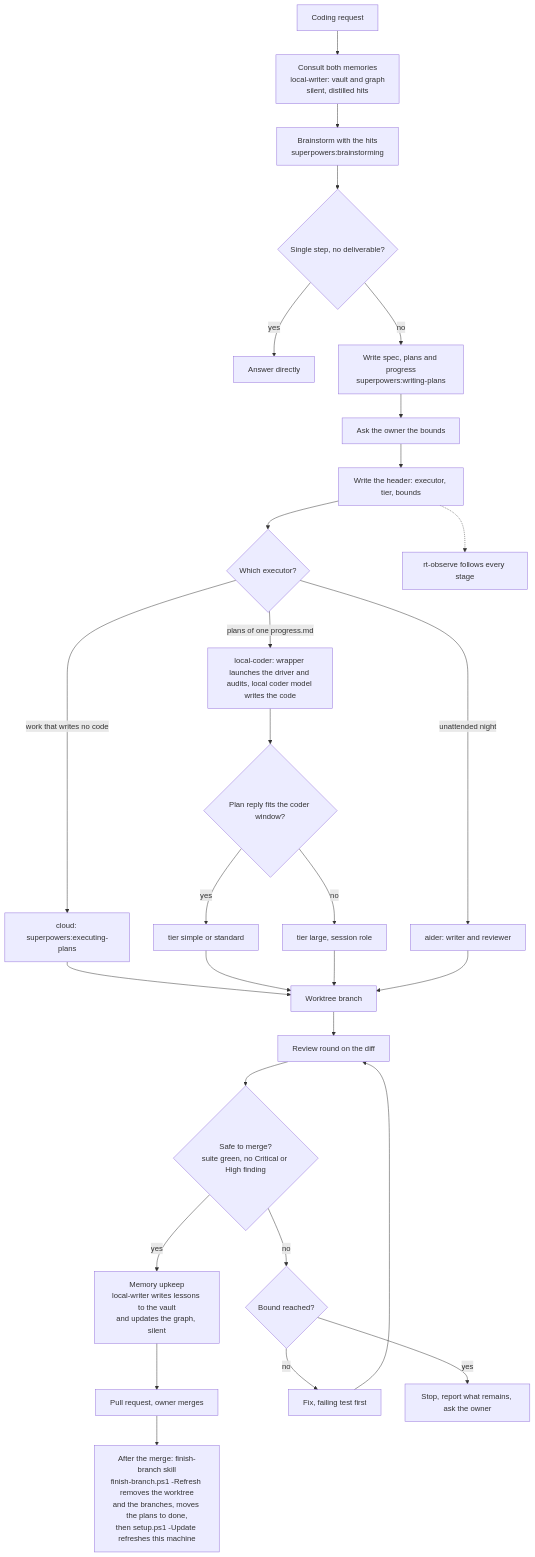
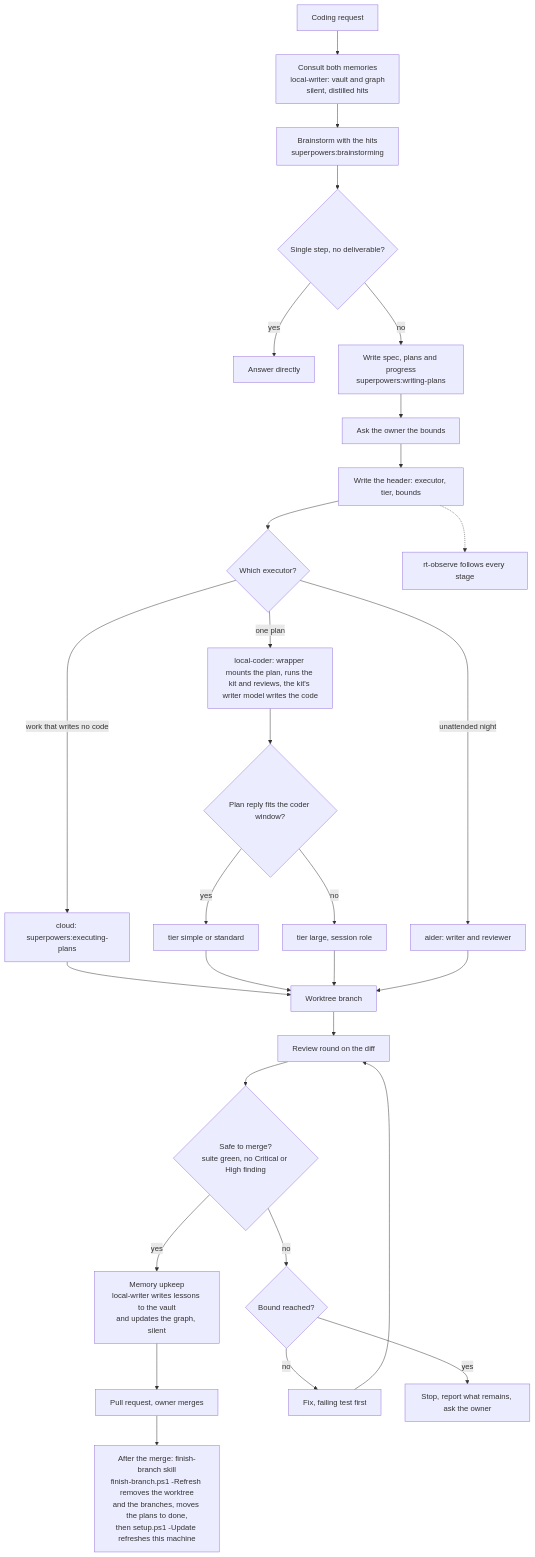
One commit to LARi-UQAC/ResearchTools changed the diagram in docs/manual/diagrams/local-coding-flow.mmd. Above: the diagram before and after it, drawn with Mermaid. The commit also changed 4 other files, not shown here.

First line of the commit message:
test: the documentation tests follow the one-plan local-coder (#104)

```diff
--- a/docs/manual/diagrams/local-coding-flow.mmd
+++ b/docs/manual/diagrams/local-coding-flow.mmd
@@ -1,28 +1,28 @@
 flowchart TD
     A0["Coding request"] --> X["Consult both memories<br/>local-writer: vault and graph<br/>silent, distilled hits"]
     X --> A["Brainstorm with the hits<br/>superpowers:brainstorming"]
     A --> B{Single step, no deliverable?}
     B -- yes --> C[Answer directly]
     B -- no --> D["Write spec, plans and progress<br/>superpowers:writing-plans"]
     D --> E[Ask the owner the bounds]
     E --> F[Write the header: executor, tier, bounds]
     F --> G{Which executor?}
     G -- work that writes no code --> H["cloud: superpowers:executing-plans"]
-    G -- plans of one progress.md --> J[local-coder: wrapper launches the driver and audits, local coder model writes the code]
+    G -- one plan --> J[local-coder: wrapper mounts the plan, runs the kit and reviews, the kit's writer model writes the code]
     J --> K{Plan reply fits the coder window?}
     K -- yes --> L[tier simple or standard]
     K -- no --> M[tier large, session role]
     G -- unattended night --> N[aider: writer and reviewer]
     H --> O[Worktree branch]
     L --> O
     M --> O
     N --> O
     O --> P[Review round on the diff]
     P --> Q{"Safe to merge?<br/>suite green, no Critical or High finding"}
     Q -- yes --> Y["Memory upkeep<br/>local-writer writes lessons to the vault<br/>and updates the graph, silent"]
     Y --> R[Pull request, owner merges]
     R --> Z["After the merge: finish-branch skill<br/>finish-branch.ps1 -Refresh removes the worktree<br/>and the branches, moves the plans to done,<br/>then setup.ps1 -Update refreshes this machine"]
     Q -- no --> S{Bound reached?}
     S -- no --> T[Fix, failing test first] --> P
     S -- yes --> U[Stop, report what remains, ask the owner]
     F -.-> V[rt-observe follows every stage]
```
